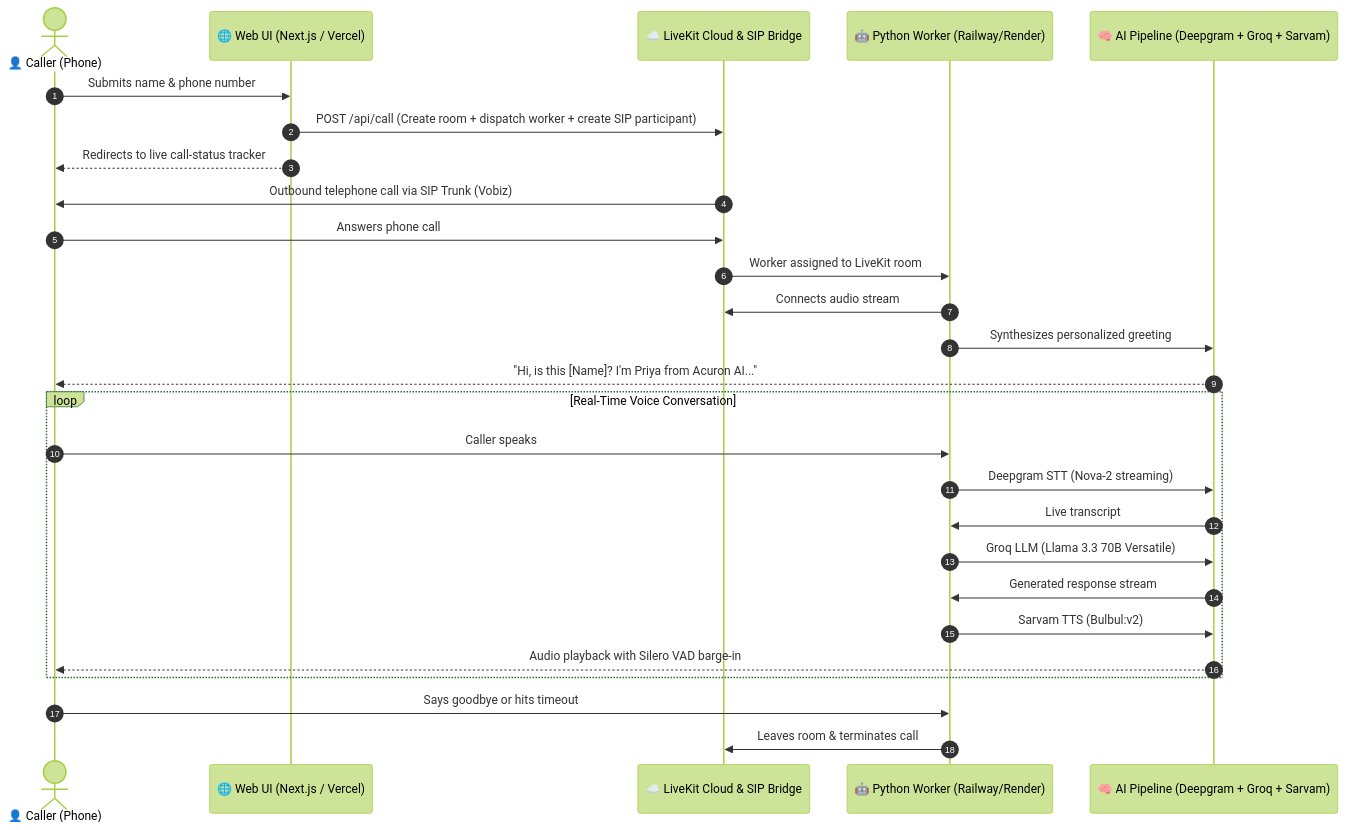
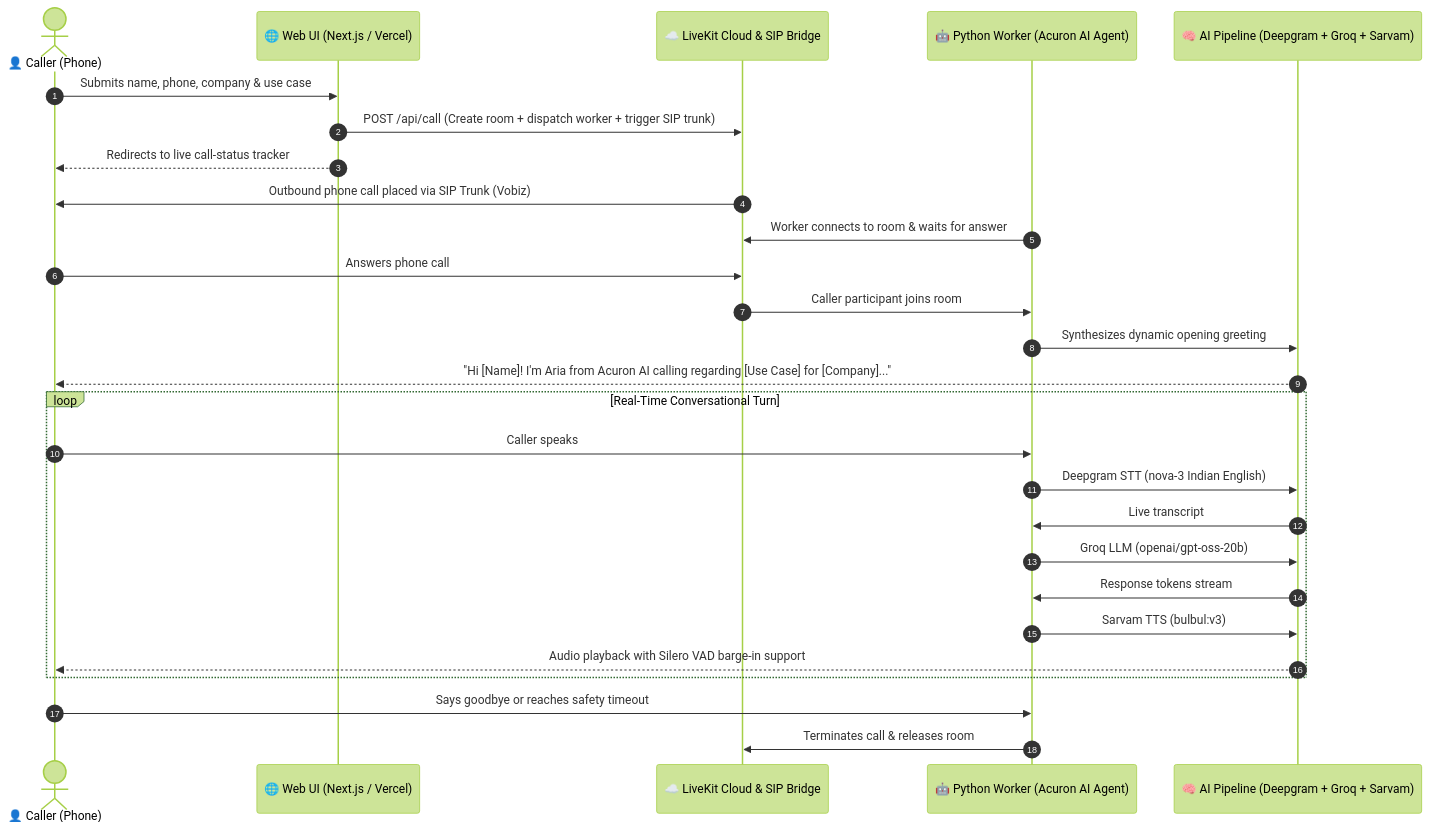
The diagram in README.md (adi-bhagat20/voice-agent), drawn with Mermaid (forest theme) before and after one commit. The commit also changed other lines of this file, not shown here.

Commit message:
docs: update README with Acuron AI customization, use case mappings, and latency analysis

````diff
--- a/README.md
+++ b/README.md
@@ -24,32 +24,32 @@
 ```mermaid
 sequenceDiagram
     autonumber
     actor User as 👤 Caller (Phone)
     participant Web as 🌐 Web UI (Next.js / Vercel)
     participant LK as ☁️ LiveKit Cloud & SIP Bridge
-    participant Worker as 🤖 Python Worker (Railway/Render)
+    participant Worker as 🤖 Python Worker (Acuron AI Agent)
     participant AI as 🧠 AI Pipeline (Deepgram + Groq + Sarvam)
 
-    User->>Web: Submits name & phone number
-    Web->>LK: POST /api/call (Create room + dispatch worker + create SIP participant)
+    User->>Web: Submits name, phone, company & use case
+    Web->>LK: POST /api/call (Create room + dispatch worker + trigger SIP trunk)
     Web-->>User: Redirects to live call-status tracker
-    LK->>User: Outbound telephone call via SIP Trunk (Vobiz)
+    LK->>User: Outbound phone call placed via SIP Trunk (Vobiz)
+    Worker->>LK: Worker connects to room & waits for answer
     User->>LK: Answers phone call
-    LK->>Worker: Worker assigned to LiveKit room
-    Worker->>LK: Connects audio stream
-    Worker->>AI: Synthesizes personalized greeting
-    AI-->>User: "Hi, is this [Name]? I'm Priya from Acuron AI..."
+    LK->>Worker: Caller participant joins room
+    Worker->>AI: Synthesizes dynamic opening greeting
+    AI-->>User: "Hi [Name]! I'm Aria from Acuron AI calling regarding [Use Case] for [Company]..."
     
-    loop Real-Time Voice Conversation
+    loop Real-Time Conversational Turn
         User->>Worker: Caller speaks
-        Worker->>AI: Deepgram STT (Nova-2 streaming)
+        Worker->>AI: Deepgram STT (nova-3 Indian English)
         AI->>Worker: Live transcript
-        Worker->>AI: Groq LLM (Llama 3.3 70B Versatile)
-        AI->>Worker: Generated response stream
-        Worker->>AI: Sarvam TTS (Bulbul:v2)
-        AI-->>User: Audio playback with Silero VAD barge-in
+        Worker->>AI: Groq LLM (openai/gpt-oss-20b)
+        AI->>Worker: Response tokens stream
+        Worker->>AI: Sarvam TTS (bulbul:v3)
+        AI-->>User: Audio playback with Silero VAD barge-in support
     end
 
-    User->>Worker: Says goodbye or hits timeout
-    Worker->>LK: Leaves room & terminates call
+    User->>Worker: Says goodbye or reaches safety timeout
+    Worker->>LK: Terminates call & releases room
 ```
````
